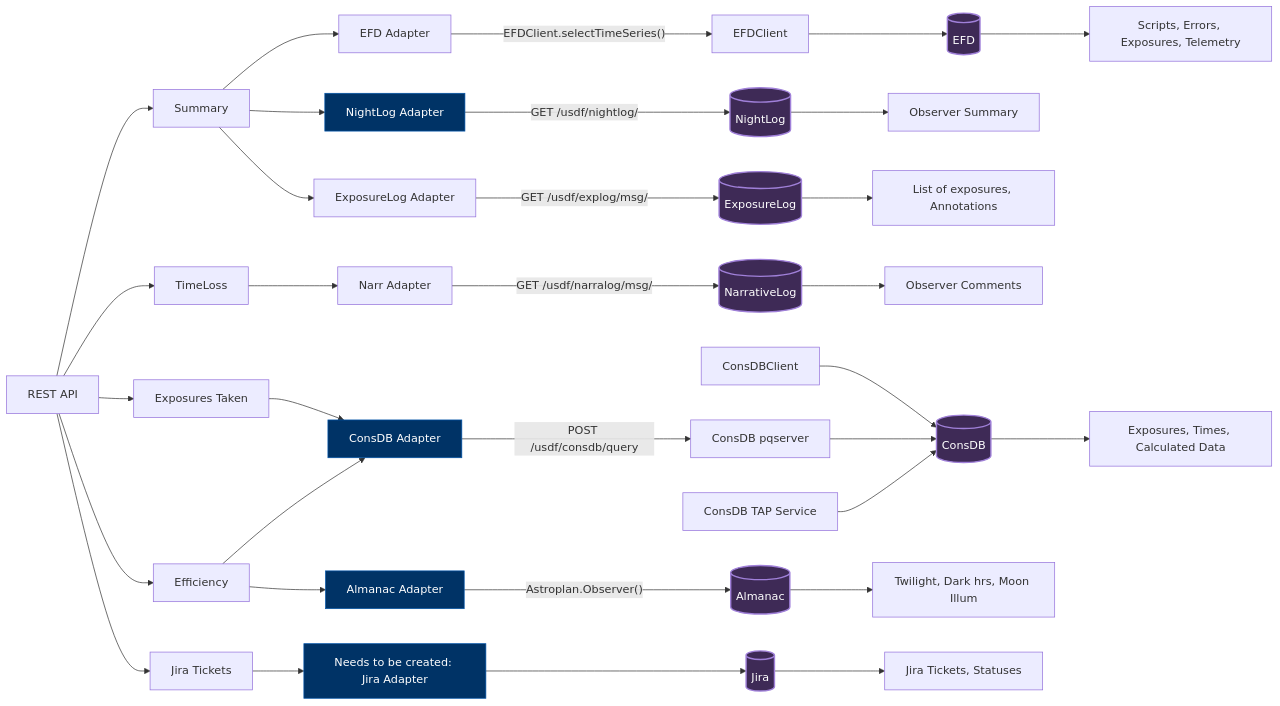
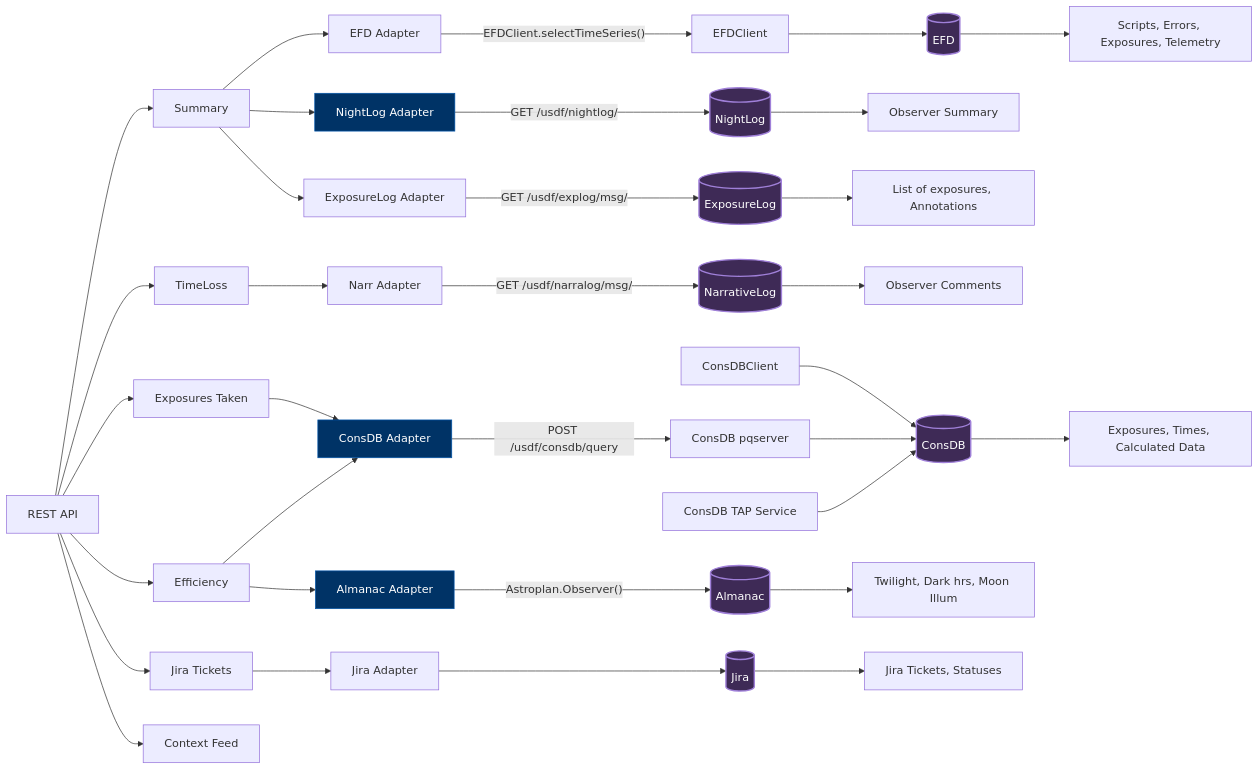
One commit to lsst-ts/ts_logging_and_reporting changed the diagram in doc/backend_diagram_notes.md. Above: the diagram before and after it, drawn with Mermaid. The commit also changed other lines of this file, not shown here.

Commit message:
Update doc diagram

````diff
--- a/doc/backend_diagram_notes.md
+++ b/doc/backend_diagram_notes.md
@@ -19,52 +17,51 @@
 ```mermaid
 graph LR
+REST[REST API] --> Summary
+REST --> TimeLoss
+REST --> ExposuresTaken["Exposures Taken"]
+REST --> Efficiency
+REST --> JiraTickets["Jira Tickets"]
+REST --> ContextFeed["Context Feed"]
 
-  REST[REST API] --> Summary
-  REST --> TimeLoss
-  REST --> ExposuresTaken["Exposures Taken"]
-  REST --> Efficiency
-  REST --> JiraTickets["Jira Tickets"]
+Summary --> EFDAdapter["EFD Adapter"]
+EFDAdapter --> |"EFDClient.selectTimeSeries()"| EFDClient
+EFDClient --> EFD[(EFD)]
+EFD --> EFDData["Scripts, Errors, Exposures, Telemetry"]
 
-  Summary --> EFDAdapter["EFD Adapter"]
-  EFDAdapter --> |"EFDClient.selectTimeSeries()"| EFDClient
-  EFDClient --> EFD[(EFD)]
-  EFD --> EFDData["Scripts, Errors, Exposures, Telemetry"]
+Summary --> NightlogAdapter["NightLog Adapter"]
+NightlogAdapter -->|GET /usdf/nightlog/| Nightlog[(NightLog)]
+Nightlog --> NLData["Observer Summary"]
 
-  Summary --> NightlogAdapter["NightLog Adapter"]
-  NightlogAdapter -->|GET /usdf/nightlog/| Nightlog[(NightLog)]
-  Nightlog --> NLData["Observer Summary"]
+Summary --> ExposureLogAdapter["ExposureLog Adapter"]
+ExposureLogAdapter --> |GET /usdf/explog/msg/| ExposureLog[(ExposureLog)]
+ExposureLog --> ELData["List of exposures, Annotations"]
 
-  Summary --> ExposureLogAdapter["ExposureLog Adapter"]
-  ExposureLogAdapter --> |GET /usdf/explog/msg/| ExposureLog[(ExposureLog)]
-  ExposureLog --> ELData["List of exposures, Annotations"]
+TimeLoss --> NarrAdapter["Narr Adapter"]
+NarrAdapter -->|GET /usdf/narralog/msg/| NarrativeLog[(NarrativeLog)]
+NarrativeLog --> NarrData["Observer Comments"]
 
-  TimeLoss --> NarrAdapter["Narr Adapter"]
-  NarrAdapter -->|GET /usdf/narralog/msg/| NarrativeLog[(NarrativeLog)]
-  NarrativeLog --> NarrData["Observer Comments"]
-
-  ExposuresTaken --> ConsDBAdapter["ConsDB Adapter"]
-  ConsDBClient --> ConsDB
-  ConsDBAdapter --> |POST /usdf/consdb/query| ConsDBPQServer["ConsDB pqserver"]
-  ConsDBTAPService["ConsDB TAP Service"]
-  ConsDBPQServer --> ConsDB[(ConsDB)]
-  ConsDBTAPService --> ConsDB
-  ConsDB --> ConsDBData["Exposures, Times, Calculated Data"]
+ExposuresTaken --> ConsDBAdapter["ConsDB Adapter"]
+ConsDBClient --> ConsDB
+ConsDBAdapter --> |POST /usdf/consdb/query| ConsDBPQServer["ConsDB pqserver"]
+ConsDBTAPService["ConsDB TAP Service"]
+ConsDBPQServer --> ConsDB[(ConsDB)]
+ConsDBTAPService --> ConsDB
+ConsDB --> ConsDBData["Exposures, Times, Calculated Data"]
 
 
-  Efficiency --> AlmanacAdapter["Almanac Adapter"]
-  Efficiency --> ConsDBAdapter
-  AlmanacAdapter --> |"Astroplan.Observer()"| Almanac[(Almanac)]
-  Almanac --> AlmData["Twilight, Dark hrs, Moon Illum"]
+Efficiency --> AlmanacAdapter["Almanac Adapter"]
+Efficiency --> ConsDBAdapter
+AlmanacAdapter --> |"Astroplan.Observer()"| Almanac[(Almanac)]
+Almanac --> AlmData["Twilight, Dark hrs, Moon Illum"]
 
-  JiraTickets --> ToDoJira["Needs to be created: Jira Adapter"]
-  ToDoJira -->  Jira[(Jira)]
-  Jira --> JiraData["Jira Tickets, Statuses"]
+JiraTickets --> JiraAdapter["Jira Adapter"]
+JiraAdapter -->  Jira[(Jira)]
+Jira --> JiraData["Jira Tickets, Statuses"]
 
-  style ConsDBAdapter fill:#003366,stroke:#0055aa,color:white
-  style NightlogAdapter fill:#003366,stroke:#0055aa,color:white
-  style AlmanacAdapter fill:#003366,stroke:#0055aa,color:white
-  style ToDoJira fill:#003366,stroke:#0055aa,color:white
+style ConsDBAdapter fill:#003366,stroke:#0055aa,color:white
+style NightlogAdapter fill:#003366,stroke:#0055aa,color:white
+style AlmanacAdapter fill:#003366,stroke:#0055aa,color:white
 
-  classDef db fill:#3e2a56,stroke:#a080d9,stroke-width:2px,rx:15,ry:15,color:white
-  class ConsDB,Almanac,DataStore,EFD,ExposureLog,NarrativeLog,Nightlog,Jira db;
+classDef db fill:#3e2a56,stroke:#a080d9,stroke-width:2px,rx:15,ry:15,color:white
+class ConsDB,Almanac,DataStore,EFD,ExposureLog,NarrativeLog,Nightlog,Jira db;
 ```
````
